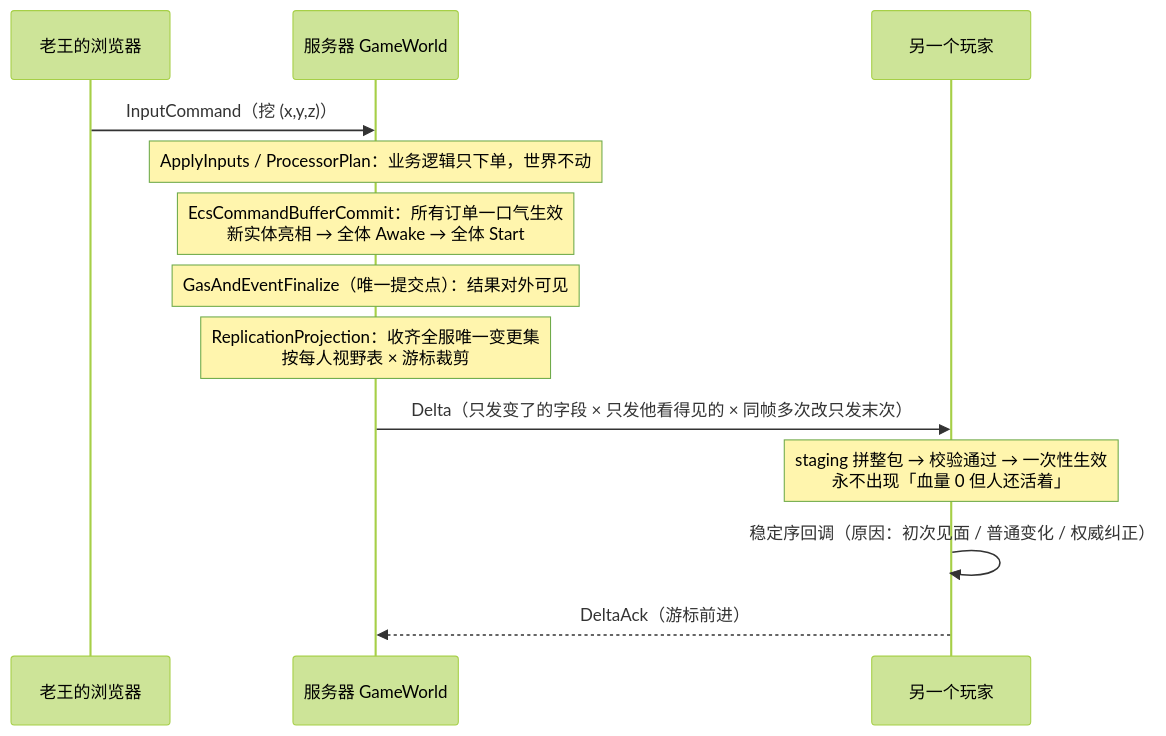
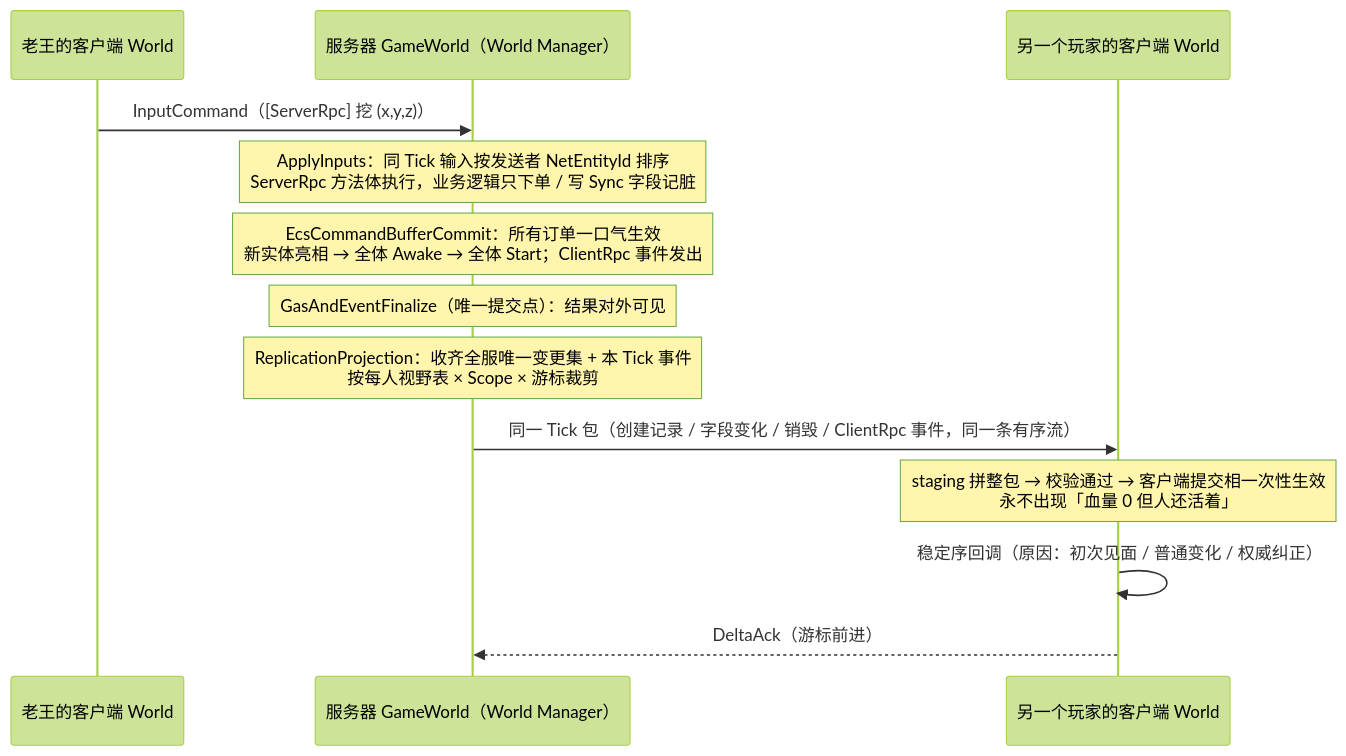
One commit to LumioGames/LumioGameEngine changed the second of 3 diagrams in .spec/knowledge/features/ecs.md. Above: the diagram before and after it, drawn with Mermaid (forest theme). The commit also changed other lines of this file and 12 other files, not shown here.

````diff
--- a/.spec/knowledge/features/ecs.md
+++ b/.spec/knowledge/features/ecs.md
@@ -142,15 +146,15 @@
 ```mermaid
 sequenceDiagram
-  participant C as 老王的浏览器
-  participant S as 服务器 GameWorld
-  participant O as 另一个玩家
-  C->>S: InputCommand（挖 (x,y,z)）
-  Note over S: ApplyInputs / ProcessorPlan：业务逻辑只下单，世界不动
-  Note over S: EcsCommandBufferCommit：所有订单一口气生效<br/>新实体亮相 → 全体 Awake → 全体 Start
+  participant C as 老王的客户端 World
+  participant S as 服务器 GameWorld（World Manager）
+  participant O as 另一个玩家的客户端 World
+  C->>S: InputCommand（[ServerRpc] 挖 (x,y,z)）
+  Note over S: ApplyInputs：同 Tick 输入按发送者 NetEntityId 排序<br/>ServerRpc 方法体执行，业务逻辑只下单 / 写 Sync 字段记脏
+  Note over S: EcsCommandBufferCommit：所有订单一口气生效<br/>新实体亮相 → 全体 Awake → 全体 Start；ClientRpc 事件发出
   Note over S: GasAndEventFinalize（唯一提交点）：结果对外可见
-  Note over S: ReplicationProjection：收齐全服唯一变更集<br/>按每人视野表 × 游标裁剪
-  S->>O: Delta（只发变了的字段 × 只发他看得见的 × 同帧多次改只发末次）
-  Note over O: staging 拼整包 → 校验通过 → 一次性生效<br/>永不出现「血量 0 但人还活着」
+  Note over S: ReplicationProjection：收齐全服唯一变更集 + 本 Tick 事件<br/>按每人视野表 × Scope × 游标裁剪
+  S->>O: 同一 Tick 包（创建记录 / 字段变化 / 销毁 / ClientRpc 事件，同一条有序流）
+  Note over O: staging 拼整包 → 校验通过 → 客户端提交相一次性生效<br/>永不出现「血量 0 但人还活着」
   O->>O: 稳定序回调（原因：初次见面 / 普通变化 / 权威纠正）
   O-->>S: DeltaAck（游标前进）
 ```
````
